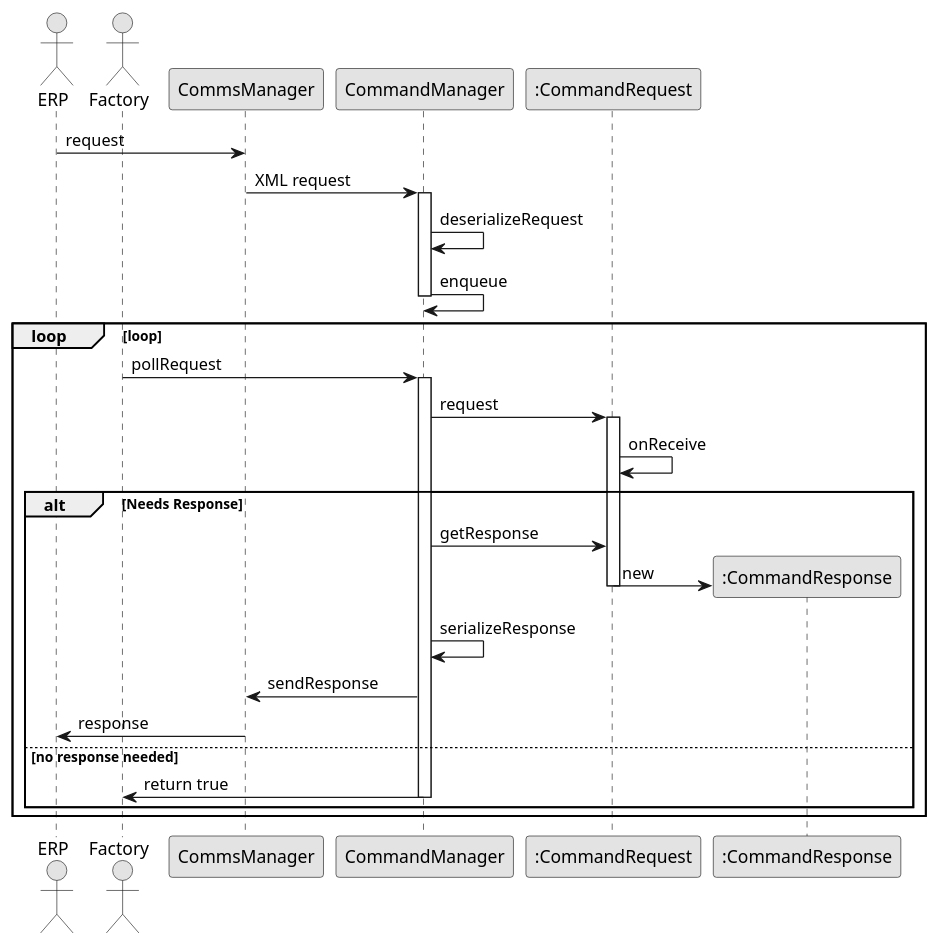
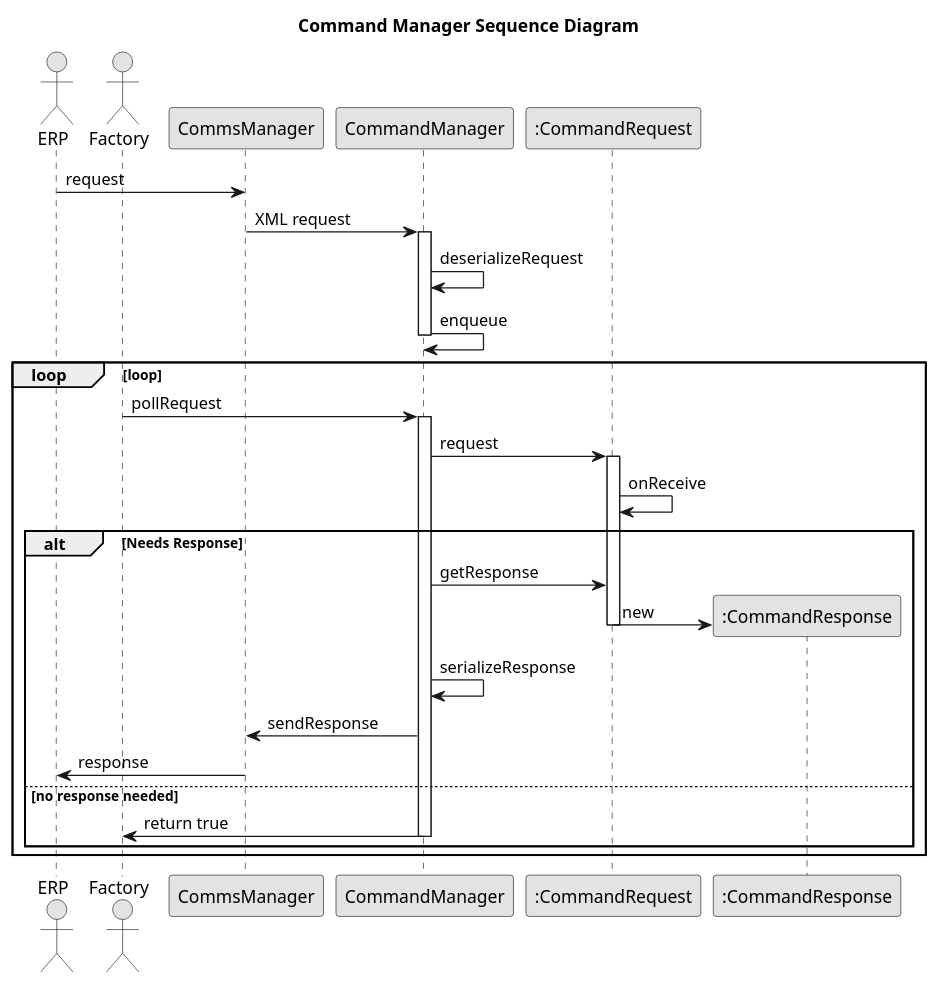
One commit to avrocha/plant-floor-control changed the diagram in docs/sequence_uml/command_manager.puml. Above: the diagram before and after it, drawn with PlantUML. The commit also changed 35 other files, not shown here.

Commit message:
UML: Added titles, organized images and created generation script

```diff
--- a/docs/sequence_uml/command_manager.puml
+++ b/docs/sequence_uml/command_manager.puml
@@ -1,54 +1,55 @@
 @startuml
 
 skinparam linetype ortho
 skinparam Monochrome true
 skinparam classAttributeIconSize 0
 
+title Command Manager Sequence Diagram
 
 Actor ERP
 Actor Factory
 ERP ->CommsManager: request
 CommsManager ->CommandManager: XML request
 activate CommandManager
 
 CommandManager->CommandManager: deserializeRequest
 
 CommandManager->CommandManager: enqueue
 deactivate CommandManager
 
 loop loop
 
 
 Factory->CommandManager: pollRequest
 activate CommandManager
 
 CommandManager->":CommandRequest": request
 activate ":CommandRequest"
 
 ":CommandRequest"->":CommandRequest": onReceive
 
 alt  Needs Response
     CommandManager->":CommandRequest": getResponse
 
     Create ":CommandResponse"
     ":CommandRequest"->":CommandResponse": new 
     deactivate ":CommandRequest"
 
 
 
     CommandManager->CommandManager: serializeResponse
     CommandManager->CommsManager: sendResponse
     CommsManager ->ERP: response
 
 
 
     else no response needed
         CommandManager->Factory: return true
         deactivate CommandManager
 
 end
 
 end
 
 
 @enduml
```
